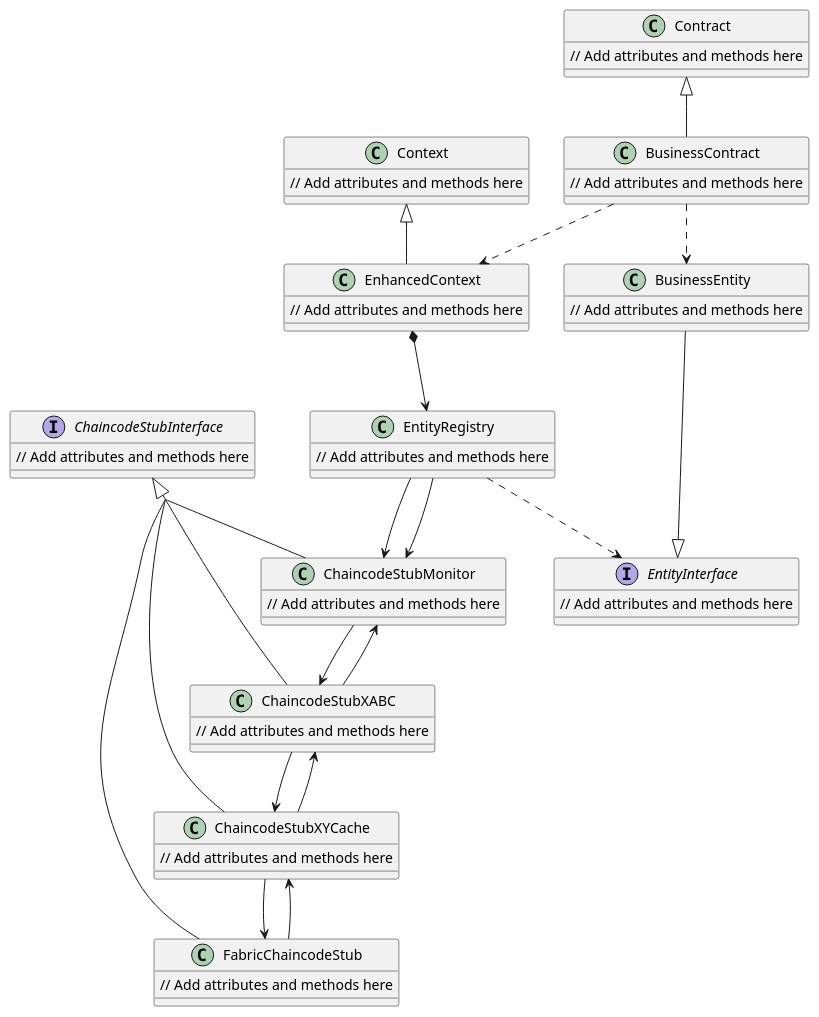
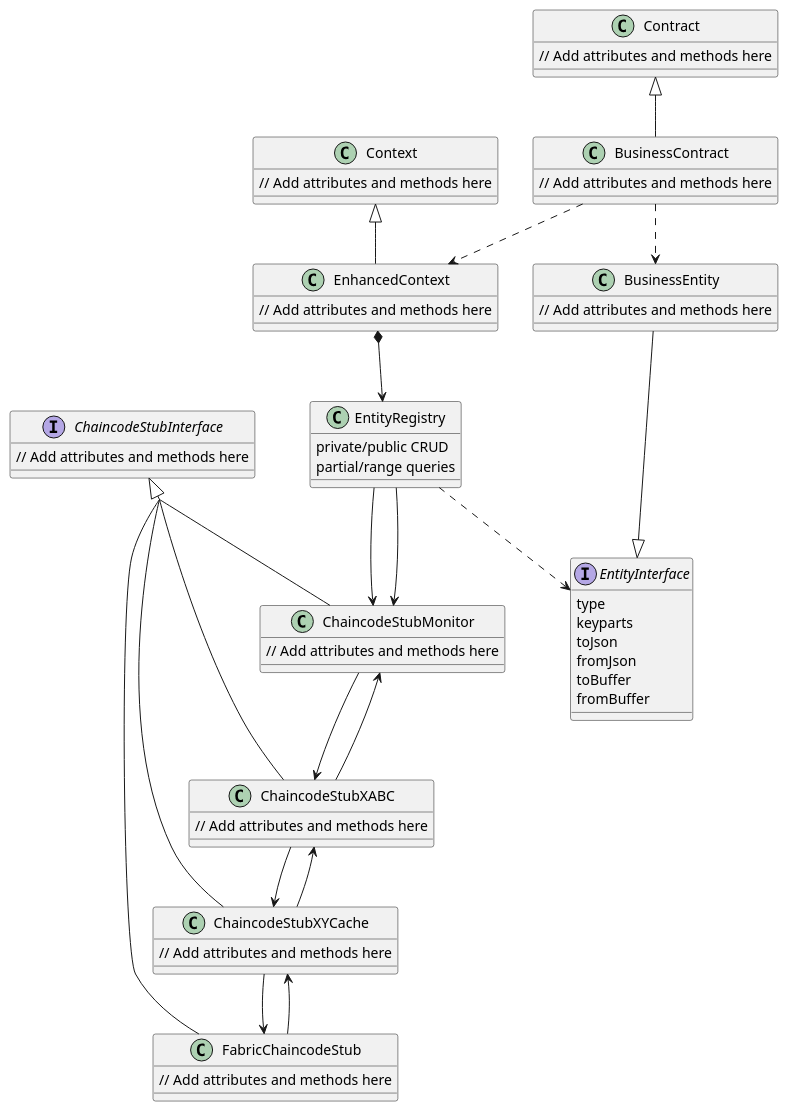
The diagram in smart-contract/hyperledger-fabric/v2/java/figures/class/class.puml (ftsrg/blockchain-benchmarks-tpcc), drawn with PlantUML before and after one commit. The commit also changed 8 other files, not shown here.

```diff
--- a/smart-contract/hyperledger-fabric/v2/java/figures/class/class.puml
+++ b/smart-contract/hyperledger-fabric/v2/java/figures/class/class.puml
@@ -1,82 +1,89 @@
 @startuml "Specificaton"
 
 BusinessContract ..> EnhancedContext
 EnhancedContext *--> EntityRegistry
 EntityRegistry --> ChaincodeStubMonitor
 ChaincodeStubMonitor --> ChaincodeStubXABC
 ChaincodeStubMonitor <-- ChaincodeStubXABC
 
 ChaincodeStubXABC --> ChaincodeStubXYCache
 ChaincodeStubXABC <-- ChaincodeStubXYCache
 
 ChaincodeStubXYCache --> FabricChaincodeStub
 ChaincodeStubXYCache <-- FabricChaincodeStub
 
 BusinessContract ..> BusinessEntity
 
 Contract <|-- BusinessContract
 
 Context <|-- EnhancedContext
 BusinessEntity --|> EntityInterface
 
 EntityRegistry ..> EntityInterface
 EntityRegistry --> ChaincodeStubMonitor
 
 skinparam groupInheritance 2
 
 
 ChaincodeStubInterface <|-- FabricChaincodeStub
 ChaincodeStubInterface <|-- ChaincodeStubXYCache
 ChaincodeStubInterface <|-- ChaincodeStubXABC
 ChaincodeStubInterface <|-- ChaincodeStubMonitor
 
 
 class BusinessContract {
   // Add attributes and methods here
 }
 
 class EnhancedContext {
   // Add attributes and methods here
 }
 
 class EntityRegistry {
-  // Add attributes and methods here
+  private/public CRUD
+  partial/range queries
 }
 
 class ChaincodeStubMonitor {
   // Add attributes and methods here
 }
 
 class ChaincodeStubXABC {
   // Add attributes and methods here
 }
 
 class ChaincodeStubXYCache {
   // Add attributes and methods here
 }
 
 class FabricChaincodeStub {
   // Add attributes and methods here
 }
 
 class BusinessEntity {
   // Add attributes and methods here
 }
 
 class Contract {
   // Add attributes and methods here
 }
 
 class Context {
   // Add attributes and methods here
 }
 
 interface EntityInterface {
-  // Add attributes and methods here
+  type
+  keyparts
+  toJson
+  fromJson
+  toBuffer
+  fromBuffer
+
 }
 
 interface ChaincodeStubInterface {
   // Add attributes and methods here
 }
 
 @enduml
```
